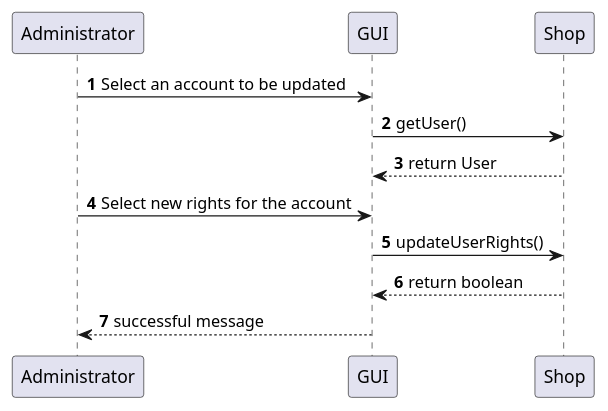
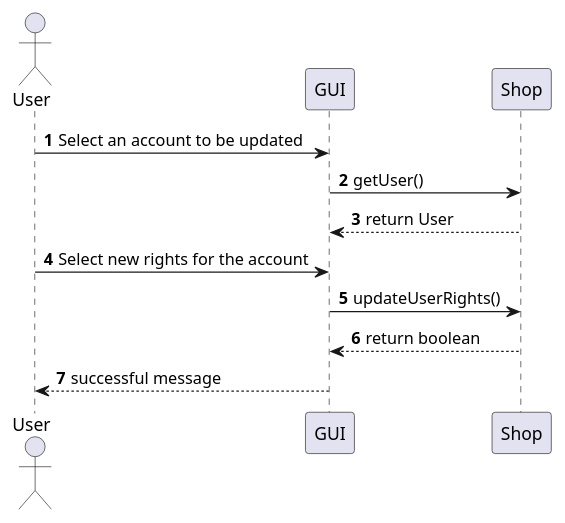
The eighth of 23 diagrams in Deliverables/DesignDocument.md (Stormz4/group20-EzShop), drawn with PlantUML before and after one commit. The commit also changed other lines of this file, not shown here.

Commit message:
Doc: User setted as actor in sequence diagrams.

````diff
--- a/Deliverables/DesignDocument.md
+++ b/Deliverables/DesignDocument.md
@@ -387,12 +391,13 @@
 ```plantuml
 @startuml
+Actor User
 autonumber
-Administrator -> GUI: Select an account to be updated
+User -> GUI: Select an account to be updated
 GUI -> Shop: getUser()
 Shop --> GUI: return User
-Administrator -> GUI: Select new rights for the account
+User -> GUI: Select new rights for the account
 GUI -> Shop: updateUserRights()
 Shop --> GUI: return boolean
-GUI --> Administrator: successful message
+GUI --> User: successful message
 @enduml
 ```
````
